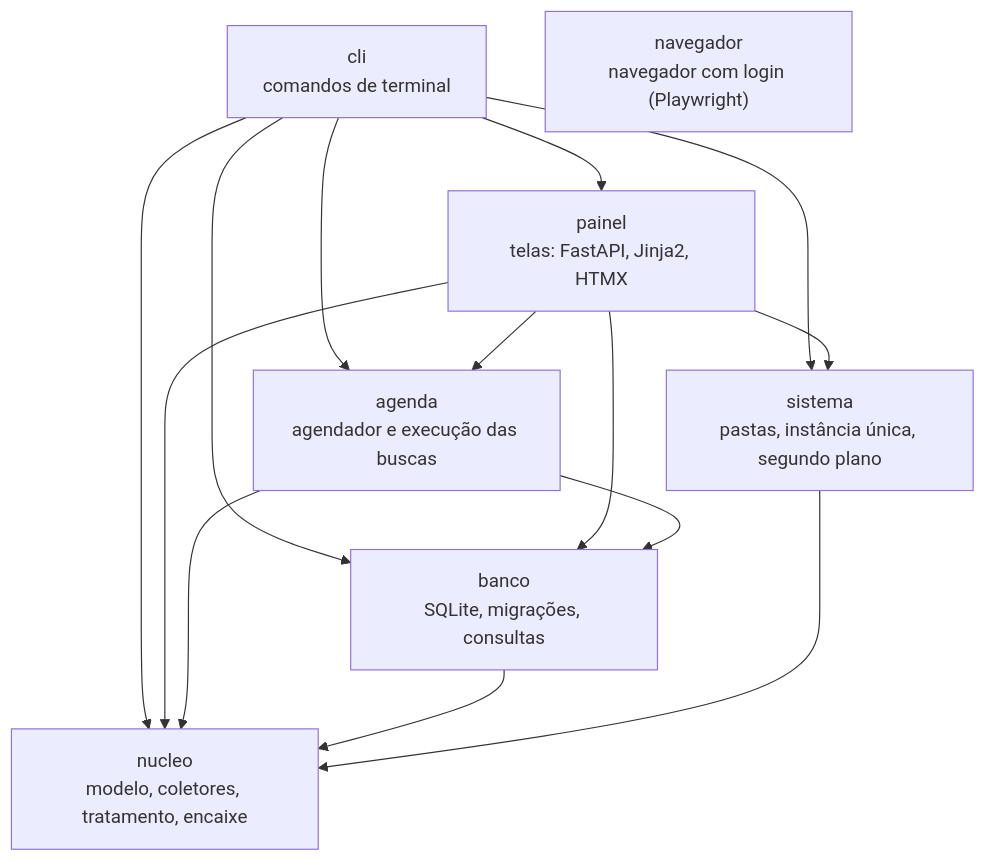
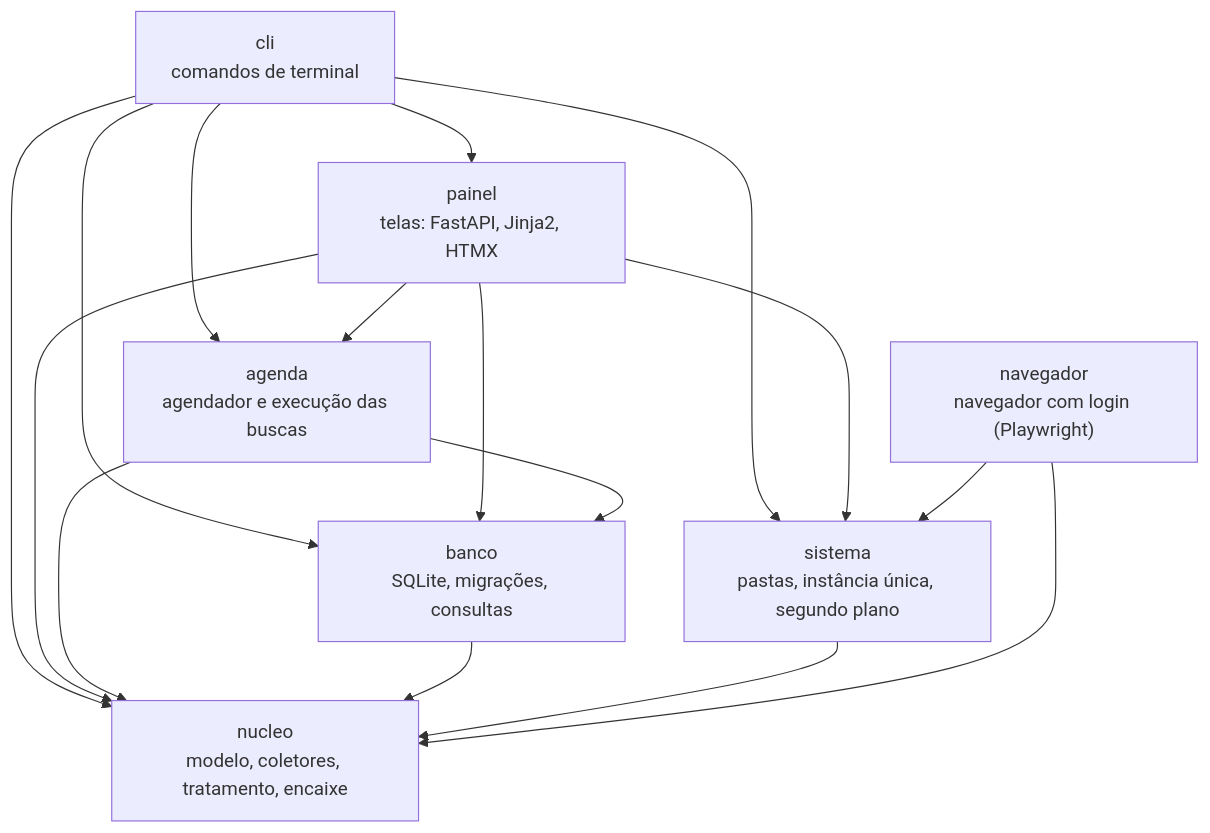
One commit to fezarosa-dev/joBot changed the first of 5 diagrams in wiki/Arquitetura.md. Above: the diagram before and after it, drawn with Mermaid. The commit also changed 3 other files, not shown here.

````diff
--- a/wiki/Arquitetura.md
+++ b/wiki/Arquitetura.md
@@ -43,24 +43,26 @@
 ```mermaid
 flowchart TD
     %% camadas
     cli["cli<br/>comandos de terminal"]
     painel["painel<br/>telas: FastAPI, Jinja2, HTMX"]
     agenda["agenda<br/>agendador e execução das buscas"]
     sistema["sistema<br/>pastas, instância única, segundo plano"]
     banco["banco<br/>SQLite, migrações, consultas"]
     navegador["navegador<br/>navegador com login (Playwright)"]
     nucleo["nucleo<br/>modelo, coletores, tratamento, encaixe"]
     cli --> painel
     cli --> agenda
     cli --> sistema
     cli --> banco
     cli --> nucleo
     painel --> agenda
     painel --> sistema
     painel --> banco
     painel --> nucleo
     agenda --> banco
     agenda --> nucleo
     banco --> nucleo
     sistema --> nucleo
+    navegador --> sistema
+    navegador --> nucleo
 ```
````
